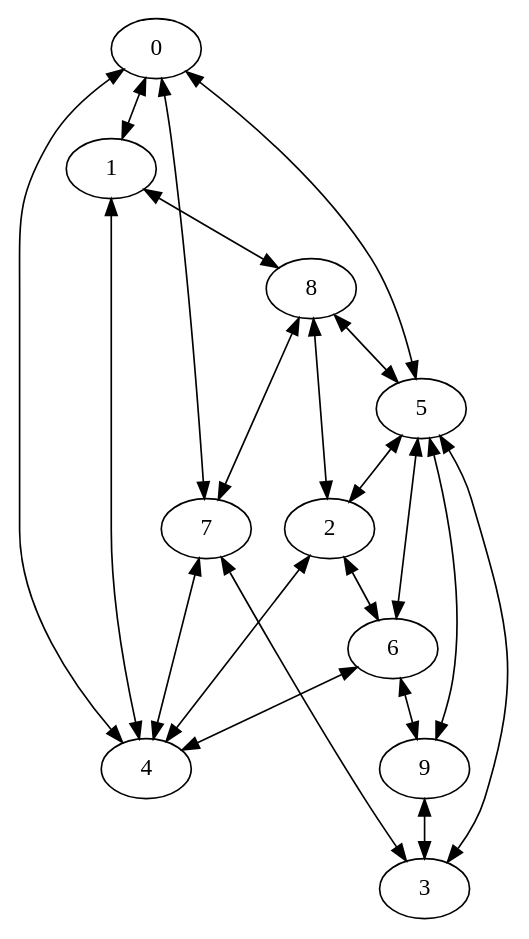
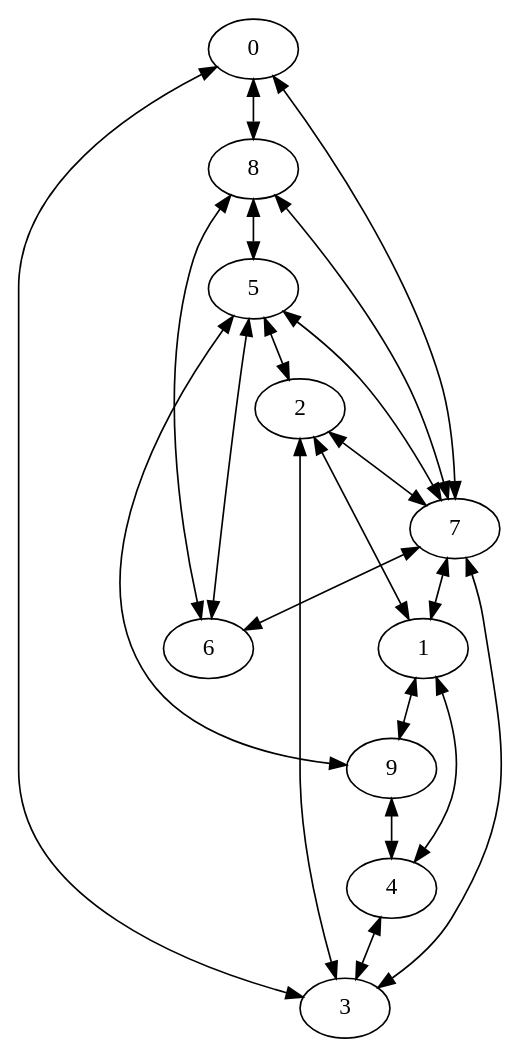
The diagram in Cities.gv (JacobStadler/city), drawn with Graphviz before and after one commit. The commit also changed 2 other files, not shown here.

```diff
--- a/Cities.gv
+++ b/Cities.gv
@@ -1,32 +1,32 @@
 digraph Cities {
 	0 [label=0]
 	1 [label=1]
 	2 [label=2]
 	3 [label=3]
 	4 [label=4]
 	5 [label=5]
 	6 [label=6]
 	7 [label=7]
 	8 [label=8]
 	9 [label=9]
-	4 -> 0 [dir=both]
-	5 -> 0 [dir=both]
-	0 -> 1 [dir=both]
-	4 -> 1 [dir=both]
+	3 -> 0 [dir=both]
+	7 -> 0 [dir=both]
+	2 -> 1 [dir=both]
+	7 -> 1 [dir=both]
 	5 -> 2 [dir=both]
-	4 -> 2 [dir=both]
+	3 -> 2 [dir=both]
 	7 -> 3 [dir=both]
-	9 -> 3 [dir=both]
-	7 -> 4 [dir=both]
-	6 -> 4 [dir=both]
-	3 -> 5 [dir=both]
+	4 -> 3 [dir=both]
+	9 -> 4 [dir=both]
+	1 -> 4 [dir=both]
 	8 -> 5 [dir=both]
-	5 -> 6 [dir=both]
-	2 -> 6 [dir=both]
-	8 -> 7 [dir=both]
-	0 -> 7 [dir=both]
-	1 -> 8 [dir=both]
-	2 -> 8 [dir=both]
-	6 -> 9 [dir=both]
+	6 -> 5 [dir=both]
+	7 -> 6 [dir=both]
+	8 -> 6 [dir=both]
+	2 -> 7 [dir=both]
+	5 -> 7 [dir=both]
+	0 -> 8 [dir=both]
+	7 -> 8 [dir=both]
 	5 -> 9 [dir=both]
+	1 -> 9 [dir=both]
 }
```
